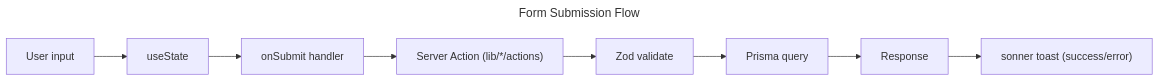
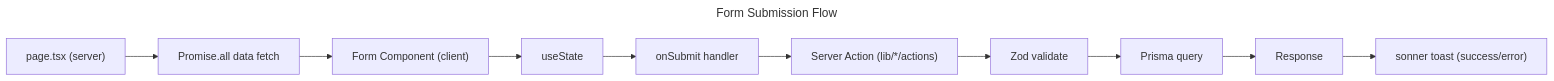
One commit to jfaussion/Social-paroi changed the second of 2 diagrams in aidd_docs/memory/internal/forms.md. Above: the diagram before and after it, drawn with Mermaid. The commit also changed other lines of this file and 45 other files, not shown here.

````diff
--- a/aidd_docs/memory/internal/forms.md
+++ b/aidd_docs/memory/internal/forms.md
@@ -38,13 +44,15 @@
 ```mermaid
 ---
 title: Form Submission Flow
 ---
 flowchart LR
-    User["User input"] --> LocalState["useState"]
+    Page["page.tsx (server)"] --> Data["Promise.all data fetch"]
+    Data --> Form["Form Component (client)"]
+    Form --> LocalState["useState"]
     LocalState --> OnSubmit["onSubmit handler"]
     OnSubmit --> ServerAction["Server Action (lib/*/actions)"]
     ServerAction --> ZodValidate["Zod validate"]
     ZodValidate --> Prisma["Prisma query"]
     Prisma --> Response["Response"]
     Response --> Toast["sonner toast (success/error)"]
 ```
````
